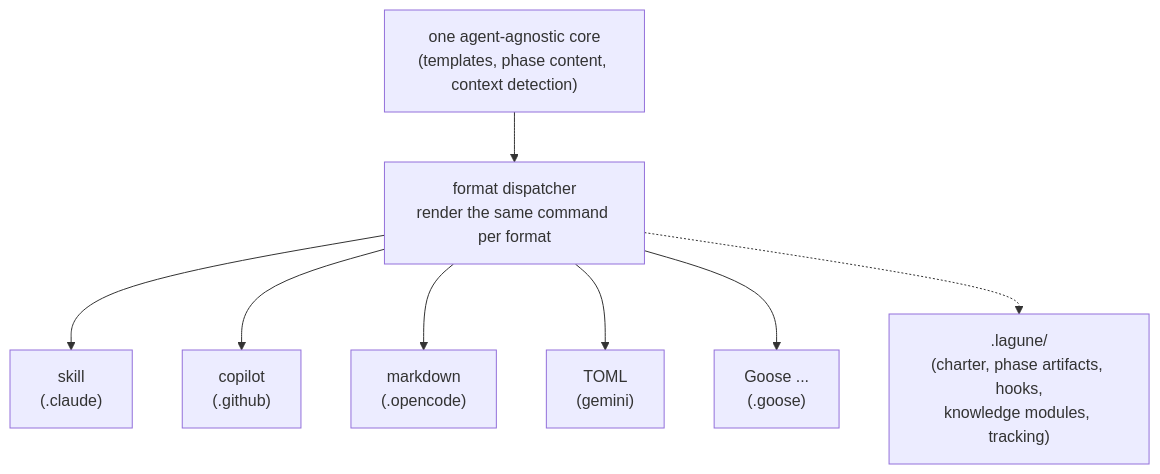
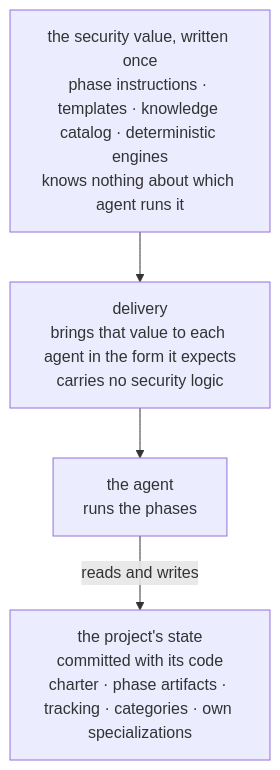
Before and after one commit to wellwelwel/lagune: the sixth of 7 diagrams in website/src/content/PAPER.mdx, drawn with Mermaid. The commit also changed other lines of this file and 481 other files, not shown here.

````diff
--- a/website/src/content/PAPER.mdx
+++ b/website/src/content/PAPER.mdx
@@ -380,12 +375,9 @@
 ```mermaid
 flowchart TB
-    core["one agent-agnostic core<br/>(templates, phase content, context detection)"]
-    core --> dispatcher
-    dispatcher["format dispatcher<br/>render the same command per format"]
-    dispatcher --> skill["skill<br/>(.claude)"]
-    dispatcher --> copilot["copilot<br/>(.github)"]
-    dispatcher --> markdown["markdown<br/>(.opencode)"]
-    dispatcher --> toml["TOML<br/>(gemini)"]
-    dispatcher --> goose["Goose ...<br/>(.goose)"]
-    dispatcher -.-> lagune[".lagune/<br/>(charter, phase artifacts, hooks,<br/>knowledge modules, tracking)"]
+    value["the security value, written once<br/>phase instructions · templates · knowledge catalog · deterministic engines<br/>knows nothing about which agent runs it"]
+    delivery["delivery<br/>brings that value to each agent in the form it expects<br/>carries no security logic"]
+    agent["the agent<br/>runs the phases"]
+    project["the project's state<br/>committed with its code<br/>charter · phase artifacts · tracking · categories · own specializations"]
+    value --> delivery --> agent
+    agent -->|"reads and writes"| project
 ```
````
